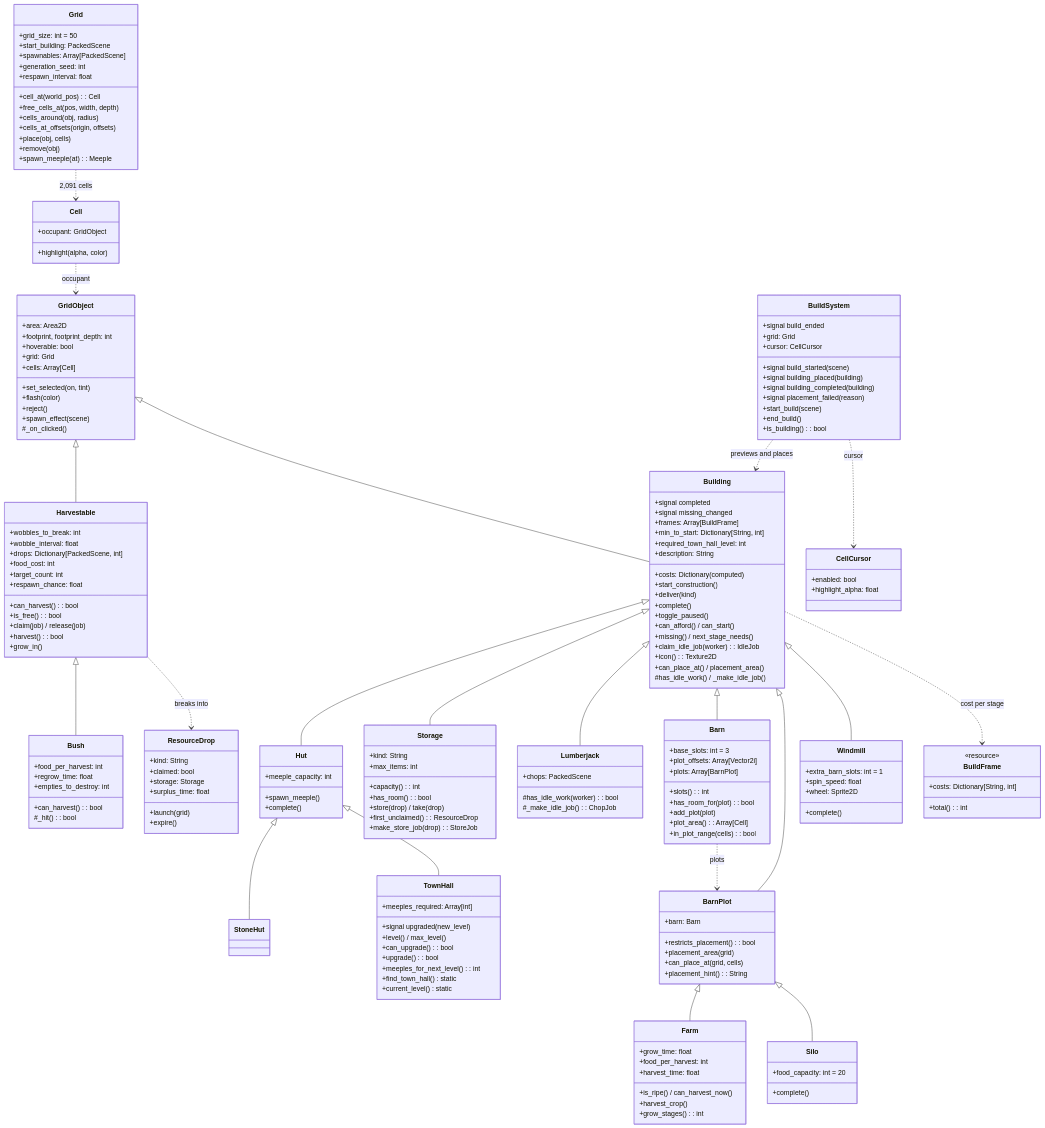
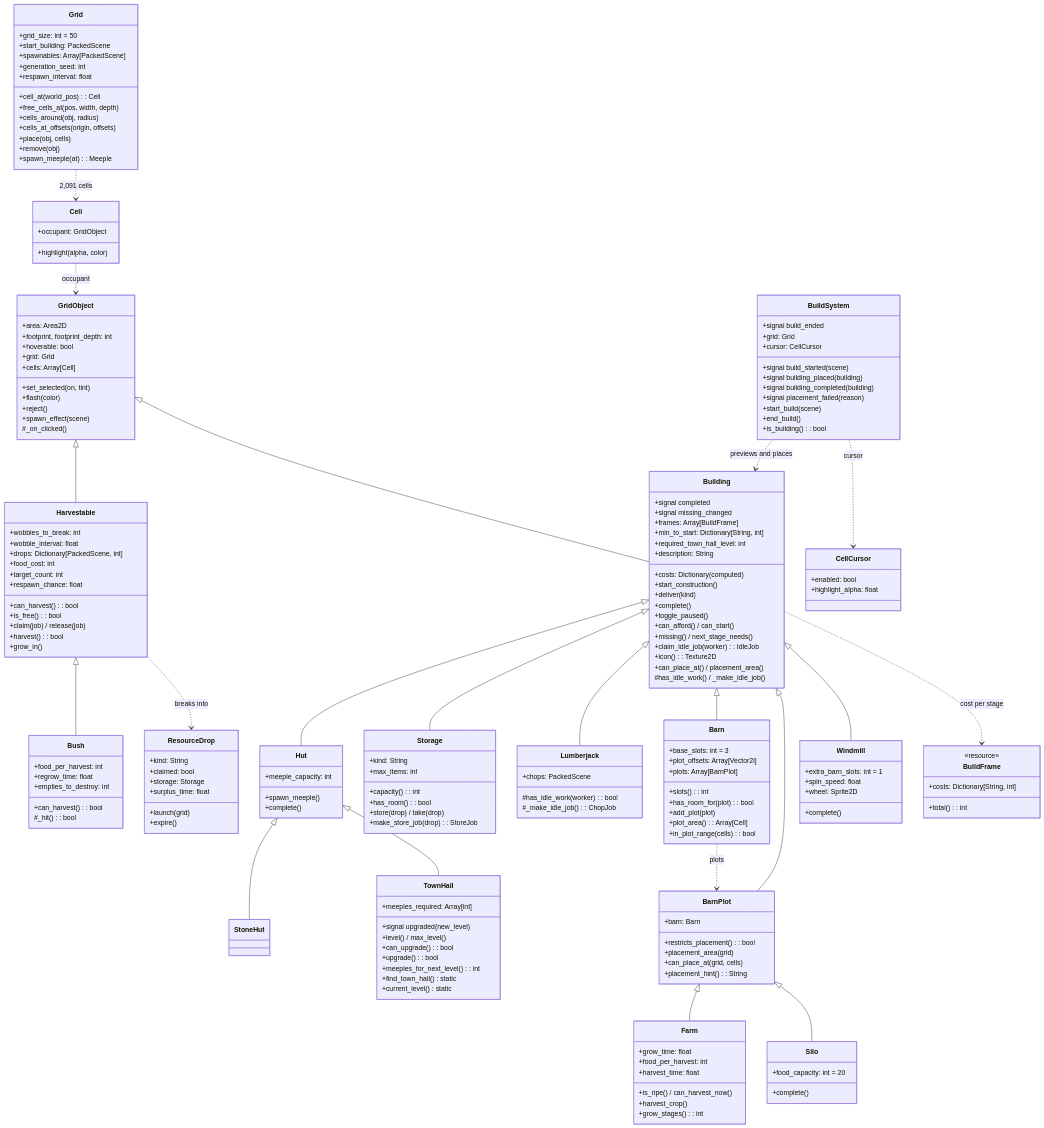
One commit to Liam-M-Mays/game-jam-2026 changed the eighth of 10 diagrams in docs/architecture.md. Above: the diagram before and after it, drawn with Mermaid. The commit also changed other lines of this file and 25 other files, not shown here.

```diff
--- a/docs/architecture.md
+++ b/docs/architecture.md
@@ -410,7 +406,6 @@
         +capacity(): int
         +has_room(): bool
         +store(drop) / take(drop)
-        +first_unclaimed(): ResourceDrop
         +make_store_job(drop): StoreJob
     }
     class Lumberjack {
```
